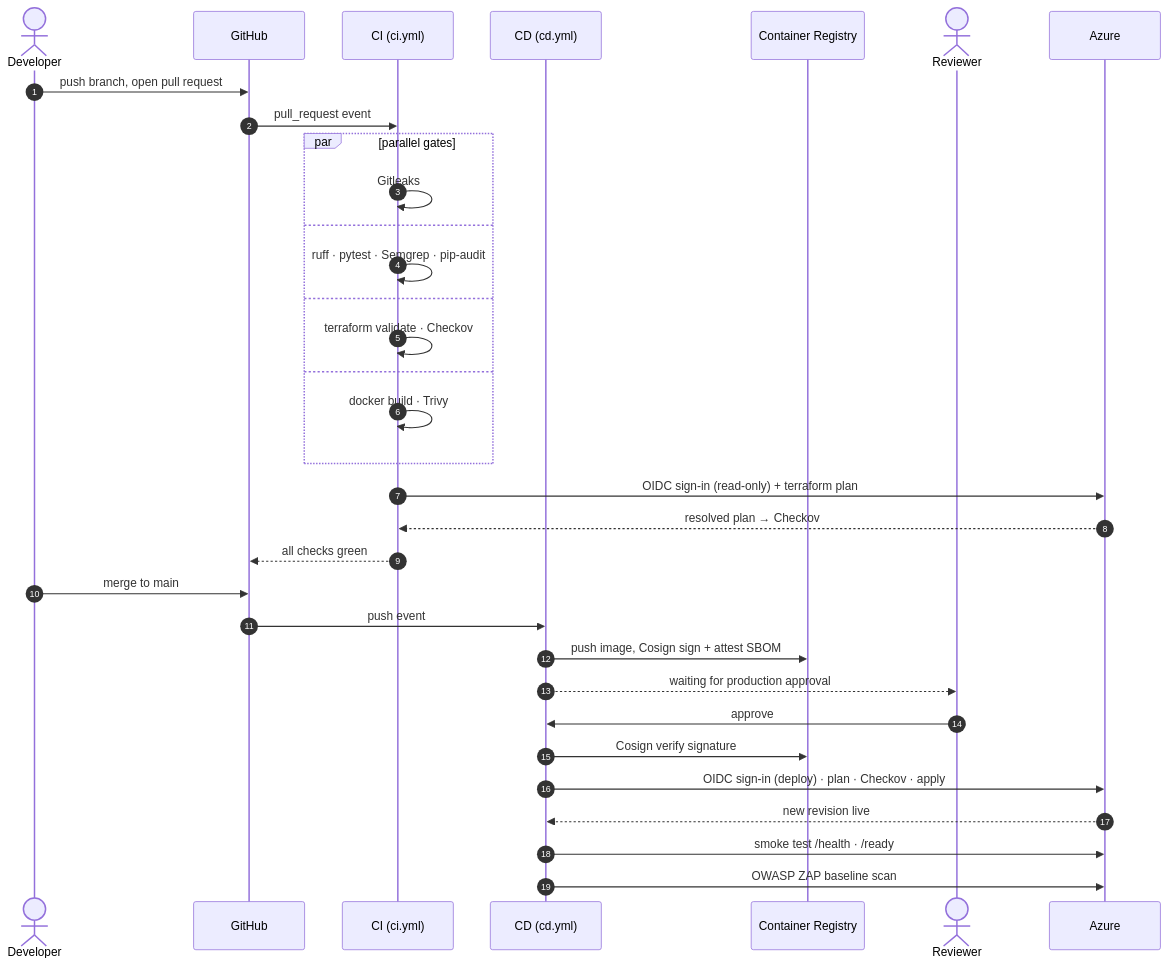
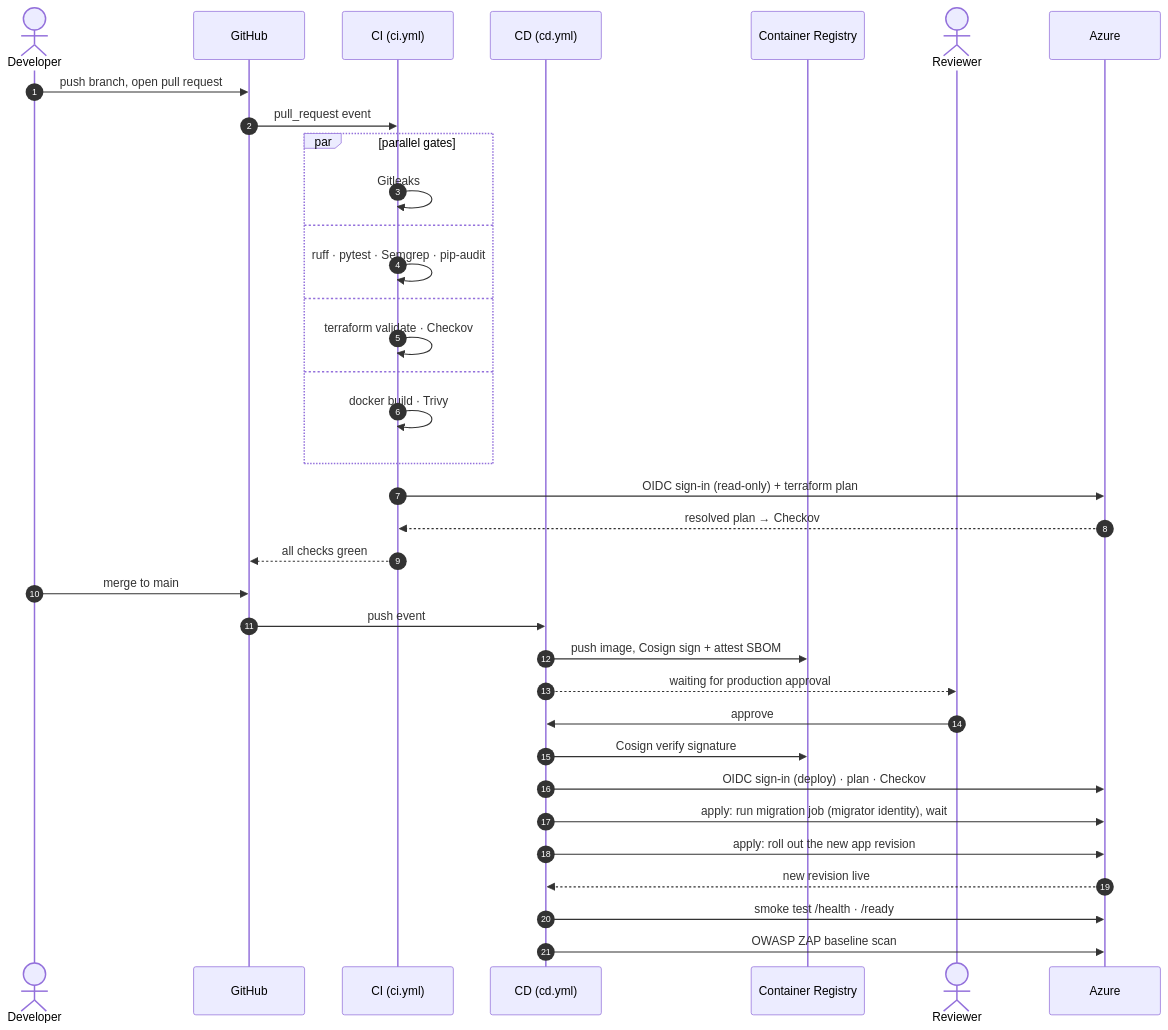
The diagram in docs/ARCHITECTURE.md (dkojo/dkm-health-app), drawn with Mermaid before and after one commit. The commit also changed other lines of this file and 13 other files, not shown here.

````diff
--- a/docs/ARCHITECTURE.md
+++ b/docs/ARCHITECTURE.md
@@ -43,36 +43,38 @@
 ```mermaid
 sequenceDiagram
     autonumber
     actor Dev as Developer
     participant GH as GitHub
     participant CI as CI (ci.yml)
     participant CD as CD (cd.yml)
     participant ACR as Container Registry
     actor Rev as Reviewer
     participant AZ as Azure
 
     Dev->>GH: push branch, open pull request
     GH->>CI: pull_request event
     par parallel gates
         CI->>CI: Gitleaks
     and
         CI->>CI: ruff · pytest · Semgrep · pip-audit
     and
         CI->>CI: terraform validate · Checkov
     and
         CI->>CI: docker build · Trivy
     end
     CI->>AZ: OIDC sign-in (read-only) + terraform plan
     AZ-->>CI: resolved plan → Checkov
     CI-->>GH: all checks green
     Dev->>GH: merge to main
     GH->>CD: push event
     CD->>ACR: push image, Cosign sign + attest SBOM
     CD-->>Rev: waiting for production approval
     Rev->>CD: approve
     CD->>ACR: Cosign verify signature
-    CD->>AZ: OIDC sign-in (deploy) · plan · Checkov · apply
+    CD->>AZ: OIDC sign-in (deploy) · plan · Checkov
+    CD->>AZ: apply: run migration job (migrator identity), wait
+    CD->>AZ: apply: roll out the new app revision
     AZ-->>CD: new revision live
     CD->>AZ: smoke test /health · /ready
     CD->>AZ: OWASP ZAP baseline scan
 ```
````
